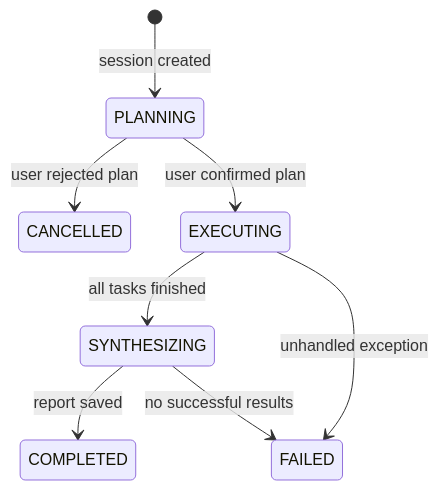
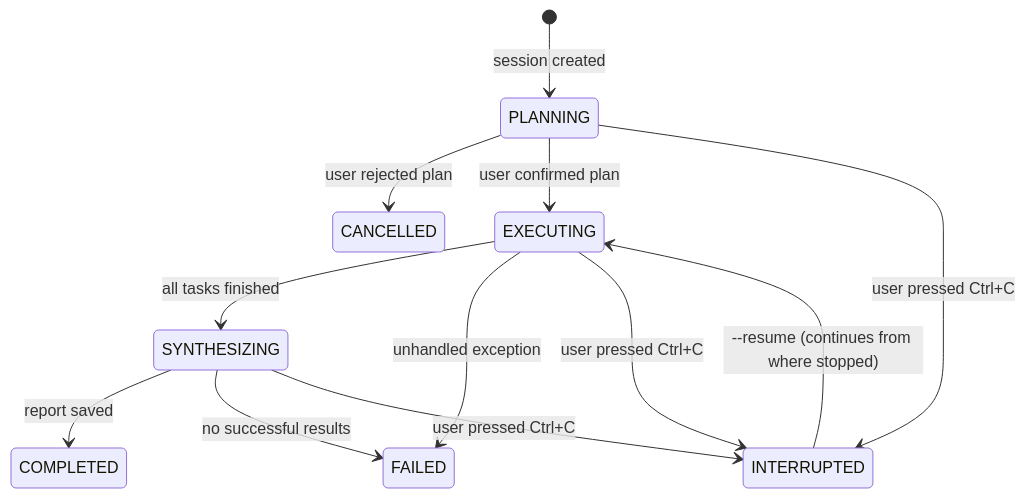
The second of 3 diagrams in docs/ARCHITECTURE.md (tinnlo/wolters_kluwer_case), drawn with Mermaid before and after one commit. The commit also changed other lines of this file and 12 other files, not shown here.

````diff
--- a/docs/ARCHITECTURE.md
+++ b/docs/ARCHITECTURE.md
@@ -131,10 +131,14 @@
 ```mermaid
 stateDiagram-v2
     [*] --> PLANNING : session created
     PLANNING --> CANCELLED : user rejected plan
     PLANNING --> EXECUTING : user confirmed plan
     EXECUTING --> SYNTHESIZING : all tasks finished
     SYNTHESIZING --> COMPLETED : report saved
     EXECUTING --> FAILED : unhandled exception
     SYNTHESIZING --> FAILED : no successful results
+    PLANNING --> INTERRUPTED : user pressed Ctrl+C
+    EXECUTING --> INTERRUPTED : user pressed Ctrl+C
+    SYNTHESIZING --> INTERRUPTED : user pressed Ctrl+C
+    INTERRUPTED --> EXECUTING : --resume (continues from where stopped)
 ```
````
